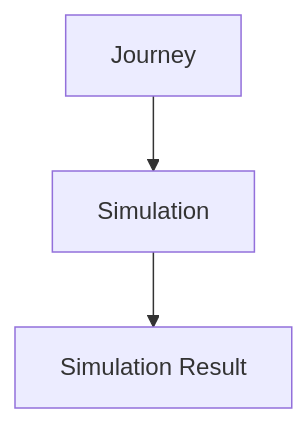
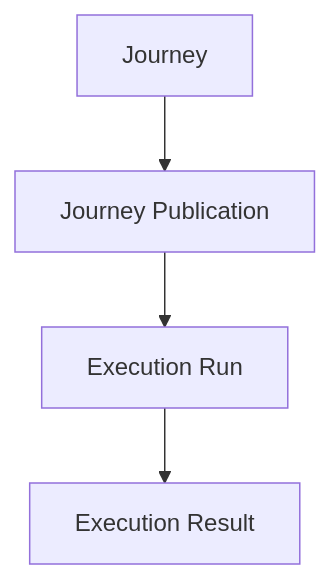
One commit to hermesnet-git/journey-admin changed the third of 4 diagrams in requisitos/admin/ej-admin-modelo-dados-conceitual.md. Above: the diagram before and after it, drawn with Mermaid. The commit also changed other lines of this file and 70 other files, not shown here.

````diff
--- a/requisitos/admin/ej-admin-modelo-dados-conceitual.md
+++ b/requisitos/admin/ej-admin-modelo-dados-conceitual.md
@@ -280,9 +280,11 @@
 ```mermaid
 flowchart TD
     JOURNEY[Journey]
-    SIMULATION[Simulation]
-    RESULT[Simulation Result]
+    PUBLICATION[Journey Publication]
+    EXECUTION[Execution Run]
+    RESULT[Execution Result]
 
-    JOURNEY --> SIMULATION
-    SIMULATION --> RESULT
+    JOURNEY --> PUBLICATION
+    PUBLICATION --> EXECUTION
+    EXECUTION --> RESULT
 ```
````
